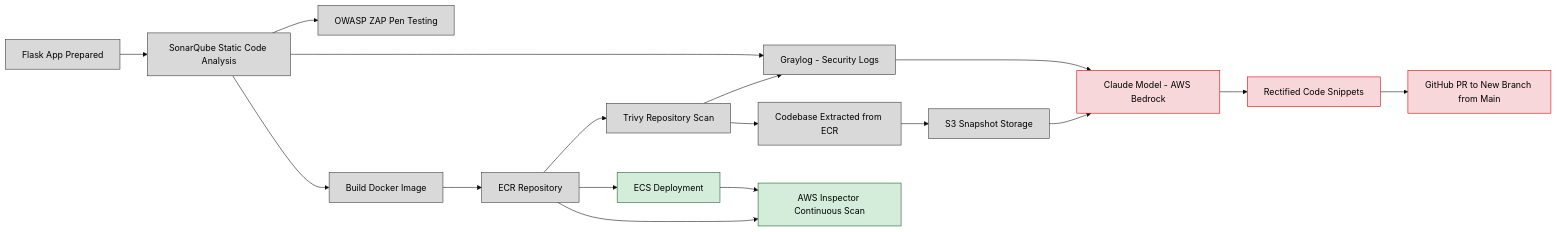
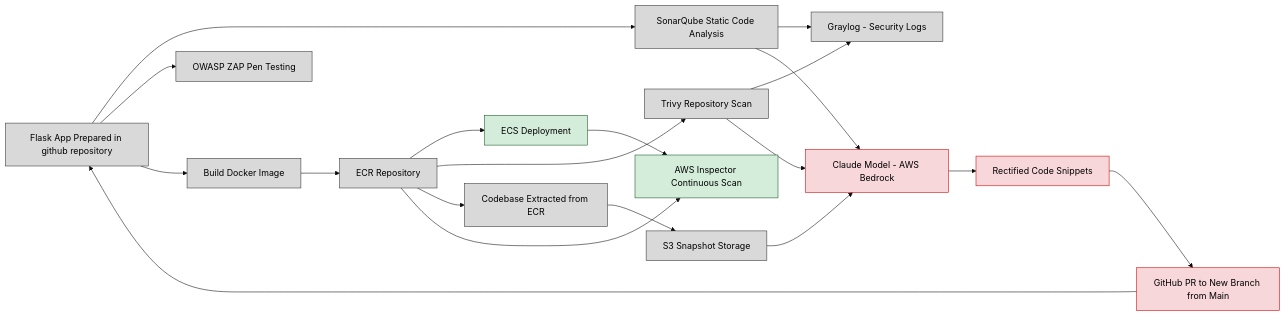
One commit to devjoshi2005/DevSecOps-Container-Remediation-Project changed the diagram in README.md. Above: the diagram before and after it, drawn with Mermaid (base theme).

````diff
--- a/README.md
+++ b/README.md
@@ -10,32 +10,33 @@
 ```mermaid
 flowchart LR
     %% Pre-remediation (light gray/blackish)
-    A[Flask App Prepared]:::pre --> B[SonarQube Static Code Analysis]:::pre
-    B --> C[OWASP ZAP Pen Testing]:::pre
-    B --> D[Build Docker Image]:::pre
+    A[Flask App Prepared in github repository]:::pre --> B[SonarQube Static Code Analysis]:::pre
+    A --> C[OWASP ZAP Pen Testing]:::pre
+    A --> D[Build Docker Image]:::pre
     D --> E[ECR Repository]:::pre
     E --> F[ECS Deployment]:::post
 
     %% Security scans
     E --> G[Trivy Repository Scan]:::pre
     G --> H[Graylog - Security Logs]:::pre
     B --> H
-    G --> I[Codebase Extracted from ECR]:::pre
+    E --> I[Codebase Extracted from ECR]:::pre
     I --> J[S3 Snapshot Storage]:::pre
 
     %% Remediation (red)
     J --> K[Claude Model - AWS Bedrock]:::rem
-    H --> K
+    B --> K
+    G --> K
     K --> L[Rectified Code Snippets]:::rem
     L --> M[GitHub PR to New Branch from Main]:::rem
-
+    M --> A
     %% Post-remediation (green)
     E --> N[AWS Inspector Continuous Scan]:::post
     F --> N
 
     %% Styles
     classDef pre fill:#d9d9d9,stroke:#333,stroke-width:1px,color:#000;
     classDef rem fill:#f8d7da,stroke:#c00,stroke-width:1px,color:#000;
     classDef post fill:#d4edda,stroke:#155724,stroke-width:1px,color:#000;
 
 ```
````
